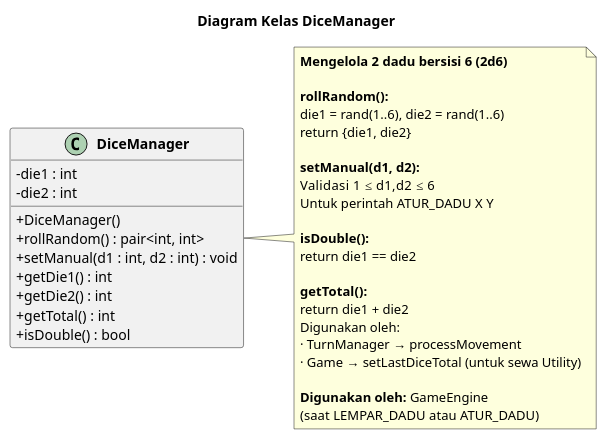
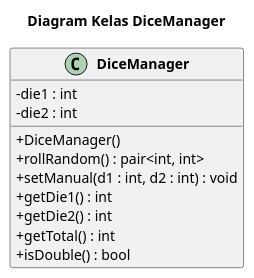
Before and after one commit to Labpro-22/if2010-pemrograman-berorientasi-objek-tugas-besar-1-if2010-oop2526-tubes1: the diagram in doc/ClassDiagram/GameEngine(Main)/5-DiceManager.puml, drawn with PlantUML. The commit also changed 10 other files, not shown here.

Commit message:
Fix : Class Diagram on Data Class and GameEngine Class

```diff
--- a/doc/ClassDiagram/GameEngine(Main)/5-DiceManager.puml
+++ b/doc/ClassDiagram/GameEngine(Main)/5-DiceManager.puml
@@ -1,48 +1,24 @@
 @startuml DiceManager
 
 skinparam classAttributeIconSize 0
 skinparam classFontStyle bold
 skinparam linetype ortho
 skinparam nodesep 50
 skinparam ranksep 30
 
 title Diagram Kelas DiceManager
 
 class DiceManager {
     - die1 : int
     - die2 : int
     __
     + DiceManager()
     + rollRandom() : pair<int, int>
     + setManual(d1 : int, d2 : int) : void
     + getDie1() : int
     + getDie2() : int
     + getTotal() : int
     + isDouble() : bool
 }
 
-note right of DiceManager
-    <b>Mengelola 2 dadu bersisi 6 (2d6)</b>
-
-    <b>rollRandom():</b>
-    die1 = rand(1..6), die2 = rand(1..6)
-    return {die1, die2}
-
-    <b>setManual(d1, d2):</b>
-    Validasi 1 ≤ d1,d2 ≤ 6
-    Untuk perintah ATUR_DADU X Y
-
-    <b>isDouble():</b>
-    return die1 == die2
-
-    <b>getTotal():</b>
-    return die1 + die2
-    Digunakan oleh:
-    · TurnManager → processMovement
-    · Game → setLastDiceTotal (untuk sewa Utility)
-
-    <b>Digunakan oleh:</b> GameEngine
-    (saat LEMPAR_DADU atau ATUR_DADU)
-end note
-
 @enduml
```
